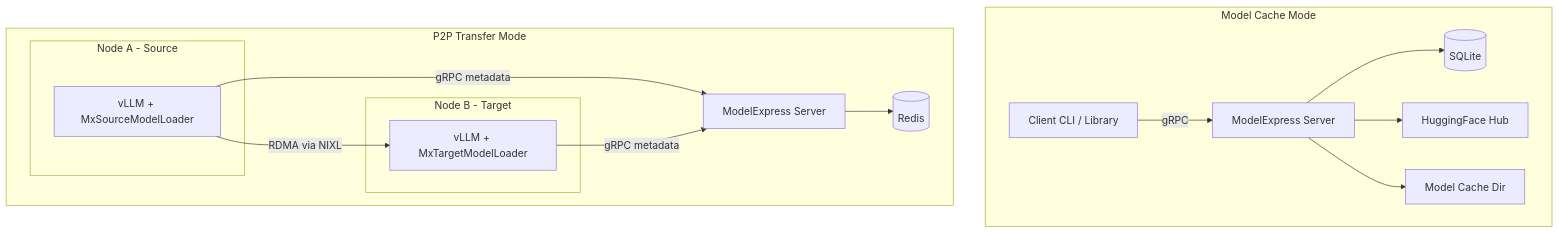
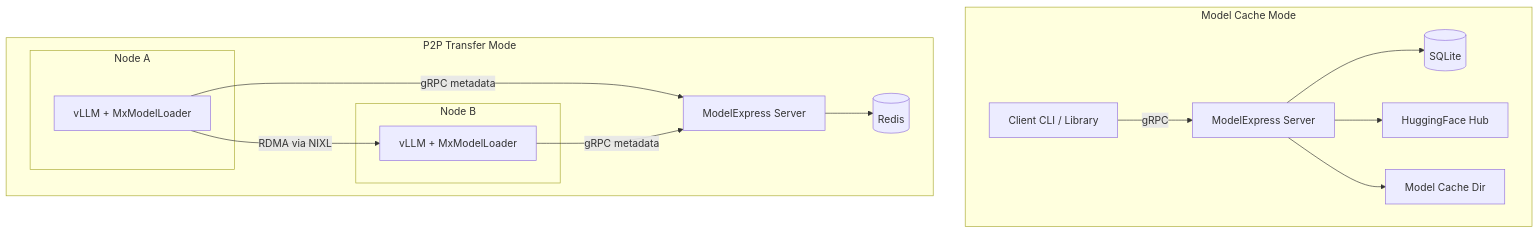
The first of 2 diagrams in docs/ARCHITECTURE.md (ai-dynamo/modelexpress), drawn with Mermaid before and after one commit. The commit also changed other lines of this file and 9 other files, not shown here.

First line of the commit message:
feat: replace mx-source/mx-target with unified mx loader

````diff
--- a/docs/ARCHITECTURE.md
+++ b/docs/ARCHITECTURE.md
@@ -26,22 +26,22 @@
 ```mermaid
 graph TD
     subgraph "Model Cache Mode"
         C1[Client CLI / Library] -->|gRPC| S1[ModelExpress Server]
         S1 --> DB[(SQLite)]
         S1 --> HF[HuggingFace Hub]
         S1 --> Cache[Model Cache Dir]
     end
 
     subgraph "P2P Transfer Mode"
-        subgraph "Node A - Source"
-            A[vLLM + MxSourceModelLoader]
+        subgraph "Node A"
+            A[vLLM + MxModelLoader]
         end
-        subgraph "Node B - Target"
-            B[vLLM + MxTargetModelLoader]
+        subgraph "Node B"
+            B[vLLM + MxModelLoader]
         end
         A -->|gRPC metadata| S2[ModelExpress Server]
         B -->|gRPC metadata| S2
         S2 --> R[(Redis)]
         A -- "RDMA via NIXL" --> B
     end
 ```
````
